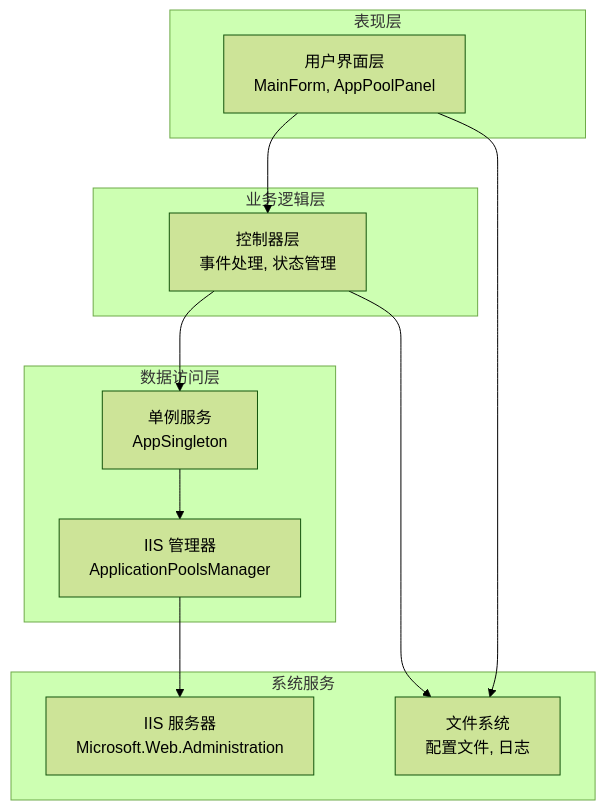
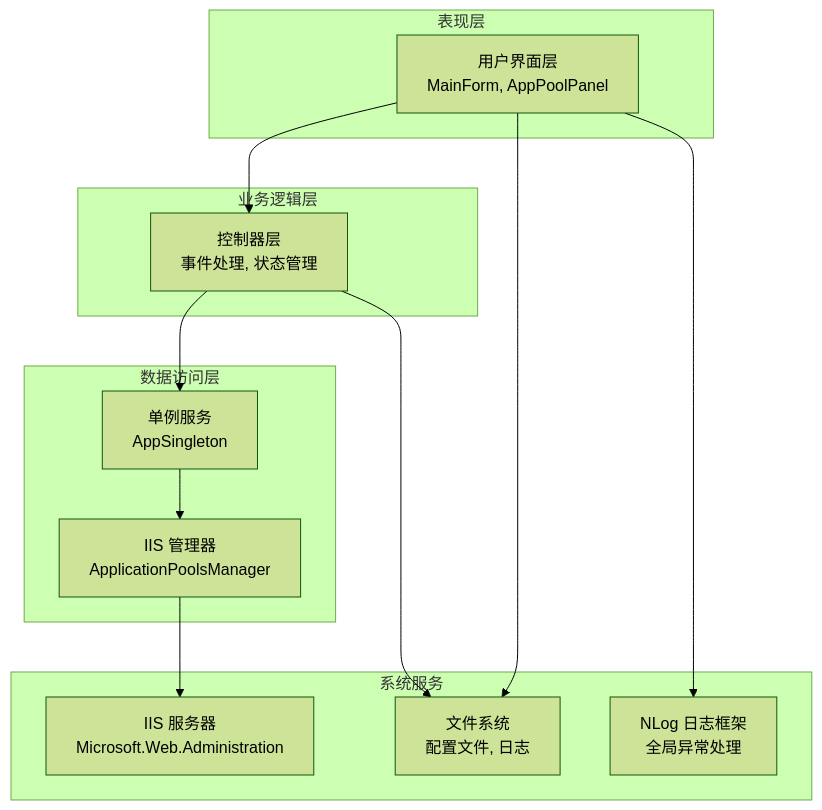
One commit to db300/IISMonitor changed the second of 9 diagrams in .qoder/repowiki/zh/content/IISMonitor.v2 功能详解.md. Above: the diagram before and after it, drawn with Mermaid (forest theme). The commit also changed other lines of this file and 5 other files, not shown here.

````diff
--- a/.qoder/repowiki/zh/content/IISMonitor.v2 功能详解.md
+++ b/.qoder/repowiki/zh/content/IISMonitor.v2 功能详解.md
@@ -112,23 +128,25 @@
 ```mermaid
 graph TB
 subgraph "表现层"
 UI[用户界面层<br/>MainForm, AppPoolPanel]
 end
 subgraph "业务逻辑层"
 Controller[控制器层<br/>事件处理, 状态管理]
 end
 subgraph "数据访问层"
 Singleton[单例服务<br/>AppSingleton]
 APManager[IIS 管理器<br/>ApplicationPoolsManager]
 end
 subgraph "系统服务"
 IIS[IIS 服务器<br/>Microsoft.Web.Administration]
 FileSystem[文件系统<br/>配置文件, 日志]
+NLog[NLog 日志框架<br/>全局异常处理]
 end
 UI --> Controller
 Controller --> Singleton
 Singleton --> APManager
 APManager --> IIS
 UI --> FileSystem
 Controller --> FileSystem
+UI --> NLog
 ```
````
